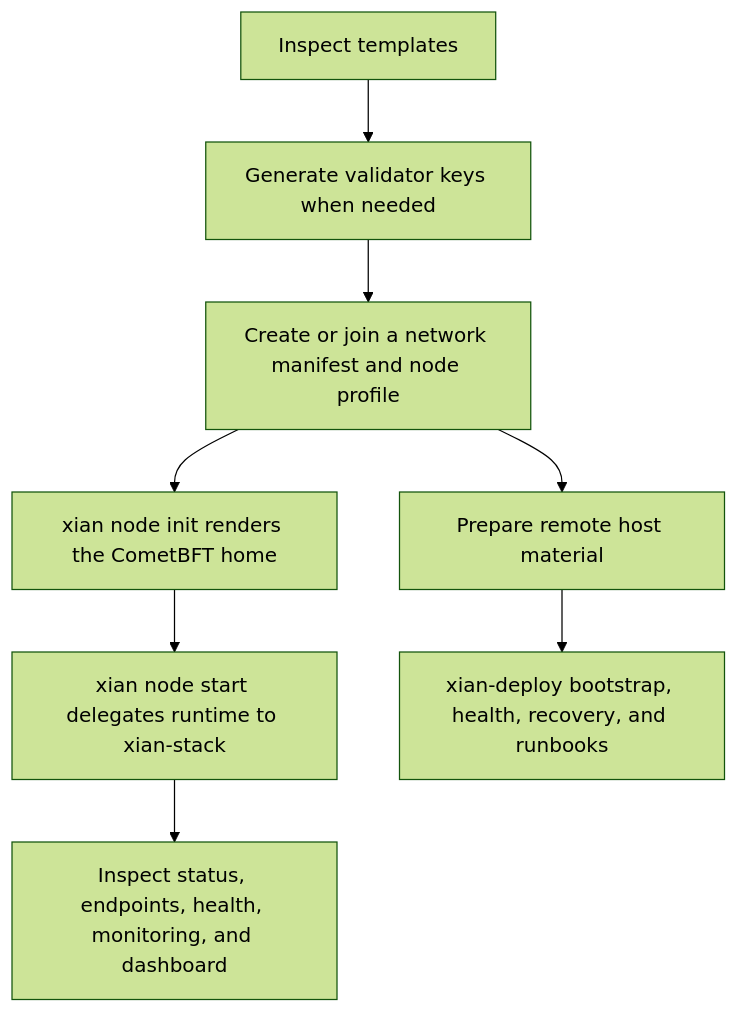
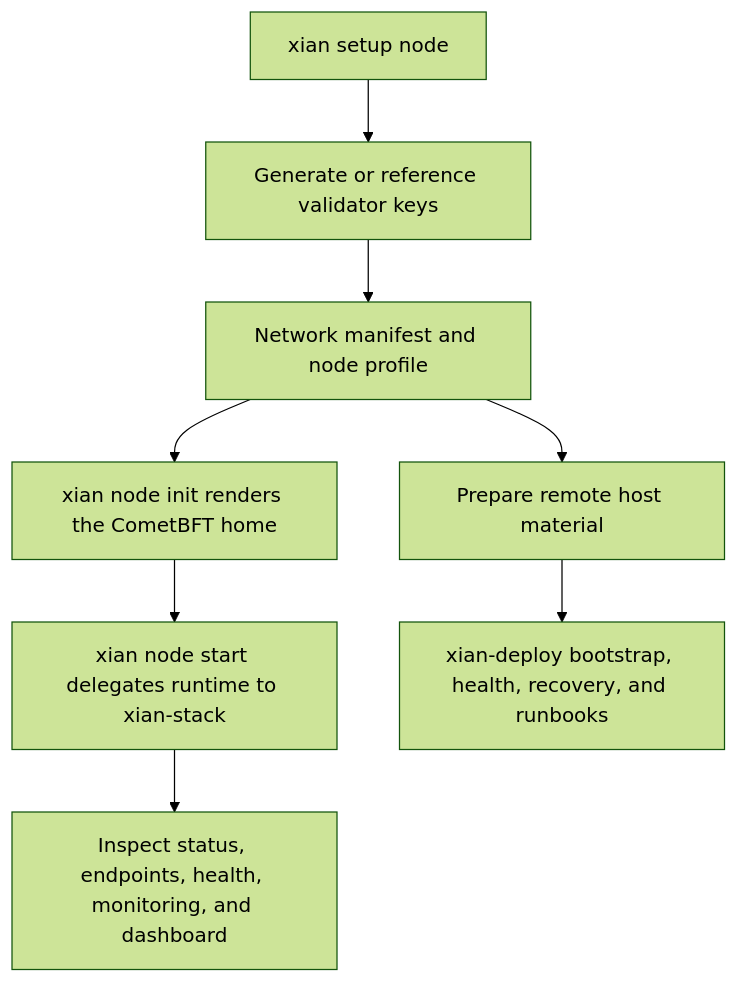
The diagram in node/index.md (xian-technology/xian-docs-web), drawn with Mermaid (forest theme) before and after one commit. The commit also changed other lines of this file and 2 other files, not shown here.

Commit message:
Document guided node setup wizard

````diff
--- a/node/index.md
+++ b/node/index.md
@@ -27,19 +28,19 @@
 ```mermaid
 flowchart TD
-  Templates["Inspect templates"]
-  Keys["Generate validator keys when needed"]
-  Profile["Create or join a network manifest and node profile"]
+  Setup["xian setup node"]
+  Keys["Generate or reference validator keys"]
+  Profile["Network manifest and node profile"]
   Init["xian node init renders the CometBFT home"]
   Start["xian node start delegates runtime to xian-stack"]
   Observe["Inspect status, endpoints, health, monitoring, and dashboard"]
   Remote["Prepare remote host material"]
   Deploy["xian-deploy bootstrap, health, recovery, and runbooks"]
 
-  Templates --> Keys
+  Setup --> Keys
   Keys --> Profile
   Profile --> Init
   Init --> Start
   Start --> Observe
   Profile --> Remote
   Remote --> Deploy
 ```
````
